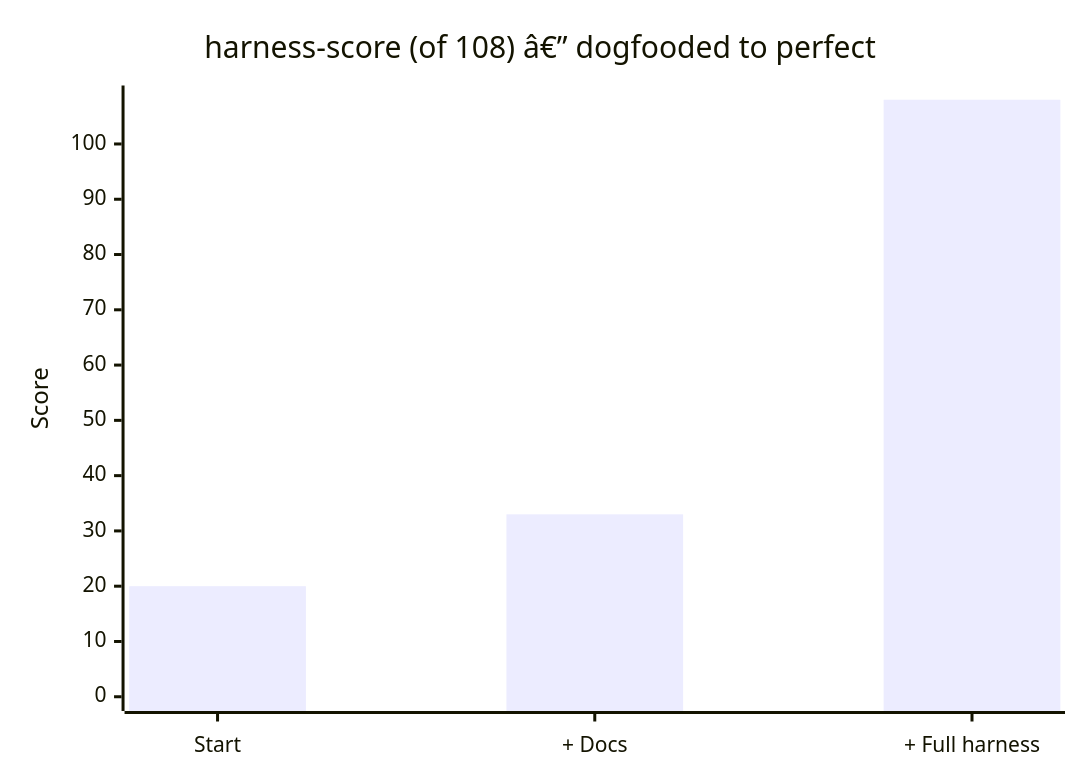
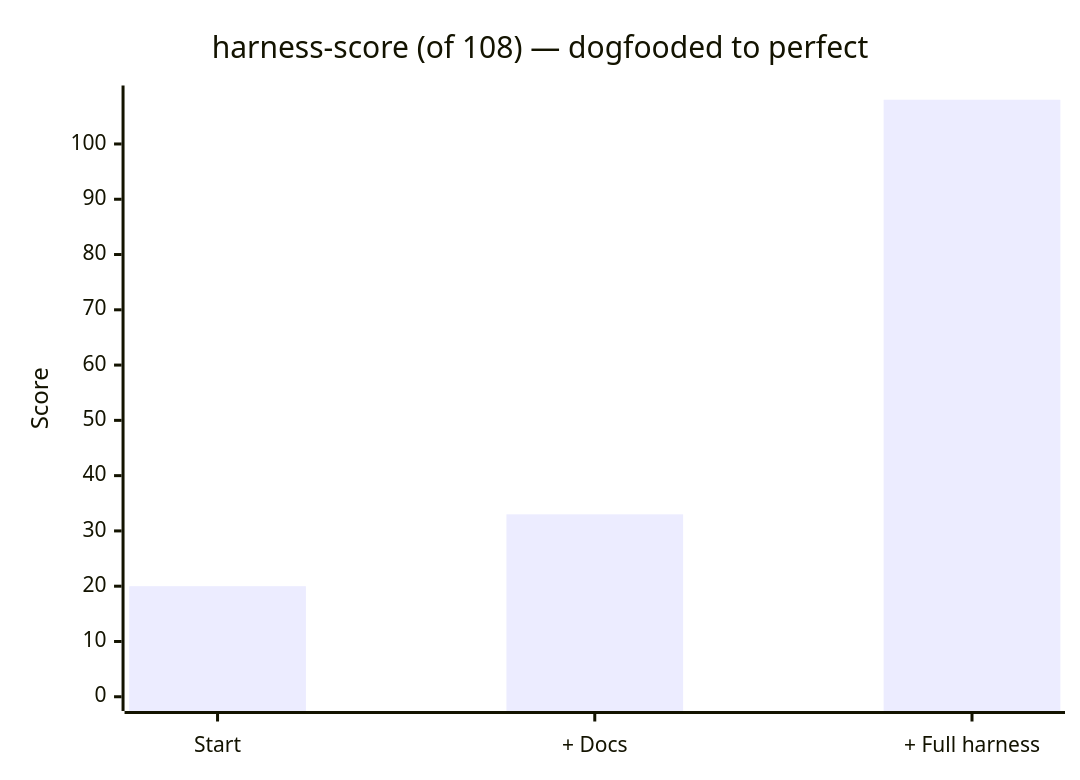
Before and after one commit to black141312/ada-releases: the diagram in README.md, drawn with Mermaid. The commit also changed other lines of this file, not shown here.

````diff
--- a/README.md
+++ b/README.md
@@ -85,7 +85,7 @@
 ```mermaid
 xychart-beta
-    title "harness-score (of 108) â€” dogfooded to perfect"
+    title "harness-score (of 108) — dogfooded to perfect"
     x-axis ["Start", "+ Docs", "+ Full harness"]
     y-axis "Score" 0 --> 108
     bar [20, 33, 108]
 ```
````
